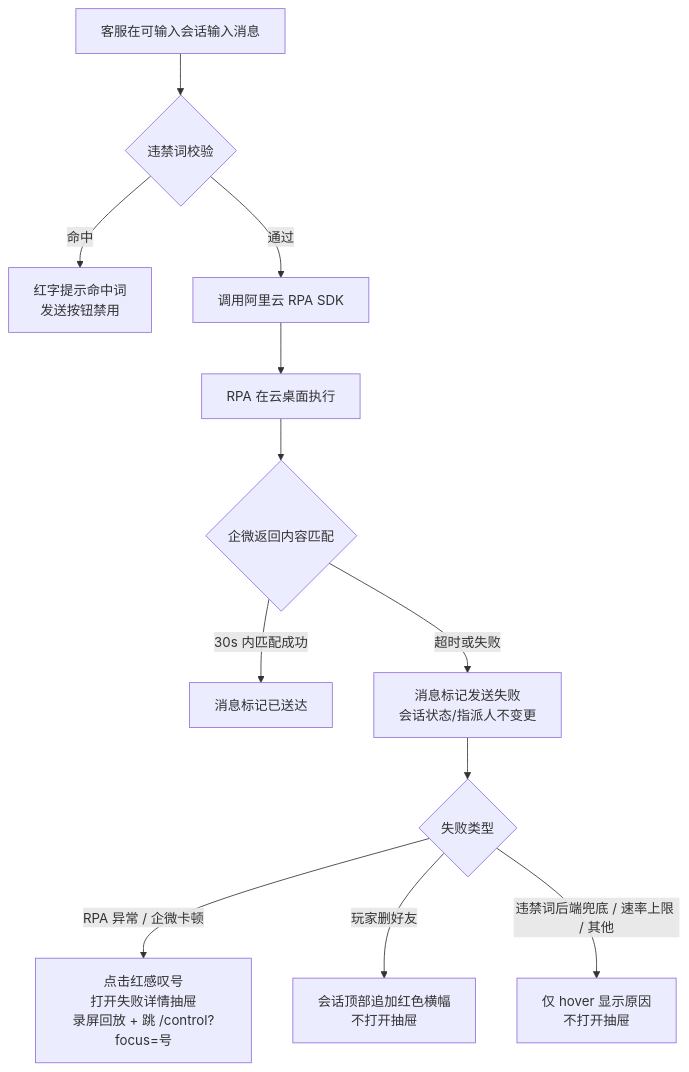
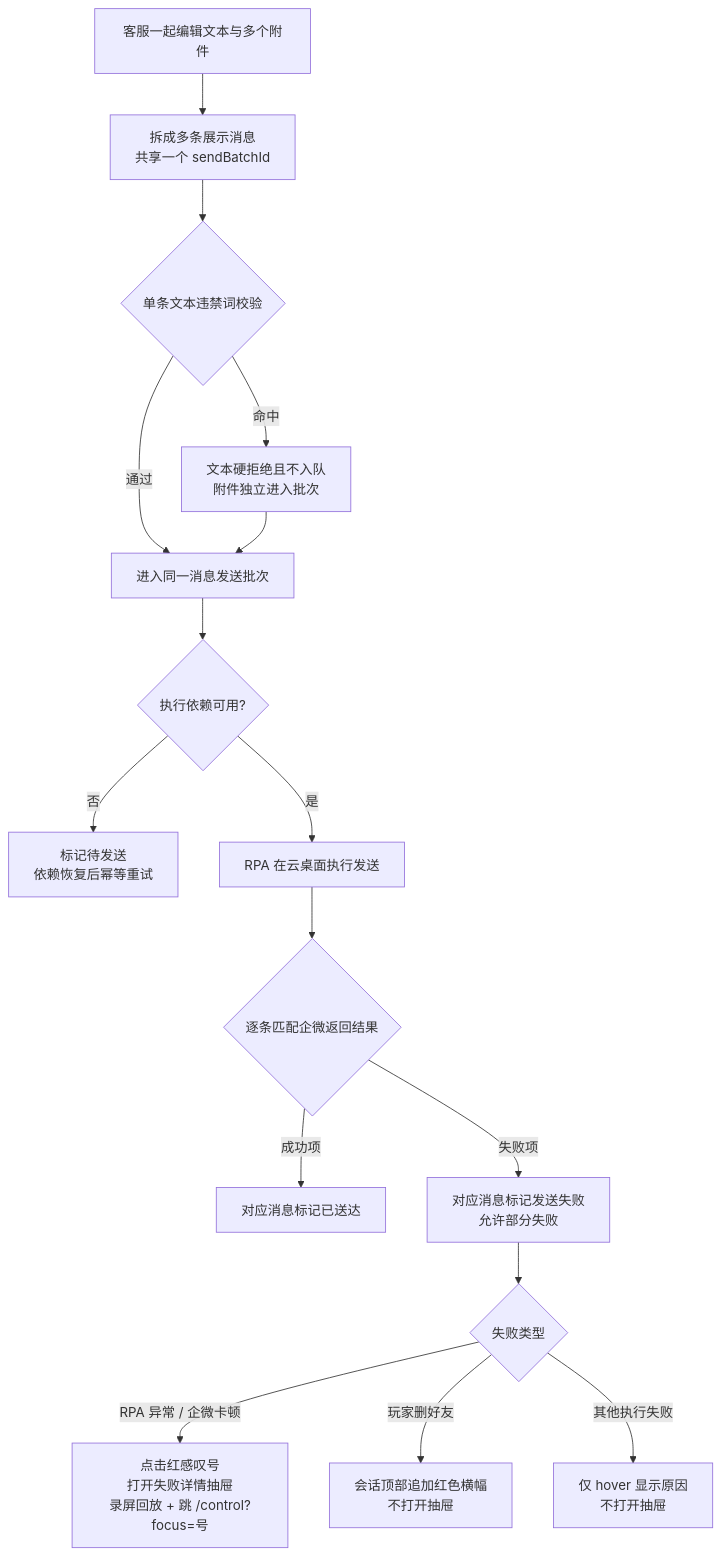
One commit to yan-pang/VIP changed the second of 8 diagrams in project/domains/chat-workbench/design.md. Above: the diagram before and after it, drawn with Mermaid. The commit also changed other lines of this file and 79 other files, not shown here.

````diff
--- a/project/domains/chat-workbench/design.md
+++ b/project/domains/chat-workbench/design.md
@@ -288,14 +279,19 @@
 ```mermaid
 graph TD
-    A[客服在可输入会话输入消息] --> B{违禁词校验}
-    B -- 命中 --> B1[红字提示命中词<br/>发送按钮禁用]
-    B -- 通过 --> D[调用阿里云 RPA SDK]
-    D --> E[RPA 在云桌面执行]
-    E --> F{企微返回内容匹配}
-    F -- 30s 内匹配成功 --> G[消息标记已送达]
-    F -- 超时或失败 --> H[消息标记发送失败<br/>会话状态/指派人不变更]
+    A[客服一起编辑文本与多个附件] --> B[拆成多条展示消息<br/>共享一个 sendBatchId]
+    B --> C{单条文本违禁词校验}
+    C -- 命中 --> C1[文本硬拒绝且不入队<br/>附件独立进入批次]
+    C -- 通过 --> D[进入同一消息发送批次]
+    D --> D1{执行依赖可用?}
+    D1 -- 否 --> D2[标记待发送<br/>依赖恢复后幂等重试]
+    D1 -- 是 --> E
+    C1 --> D
+    E[RPA 在云桌面执行发送]
+    E --> F{逐条匹配企微返回结果}
+    F -- 成功项 --> G[对应消息标记已送达]
+    F -- 失败项 --> H[对应消息标记发送失败<br/>允许部分失败]
     H --> I{失败类型}
     I -- RPA 异常 / 企微卡顿 --> I1[点击红感叹号<br/>打开失败详情抽屉<br/>录屏回放 + 跳 /control?focus=号]
     I -- 玩家删好友 --> I2[会话顶部追加红色横幅<br/>不打开抽屉]
-    I -- 违禁词后端兜底 / 速率上限 / 其他 --> I3[仅 hover 显示原因<br/>不打开抽屉]
+    I -- 其他执行失败 --> I3[仅 hover 显示原因<br/>不打开抽屉]
 ```
````
